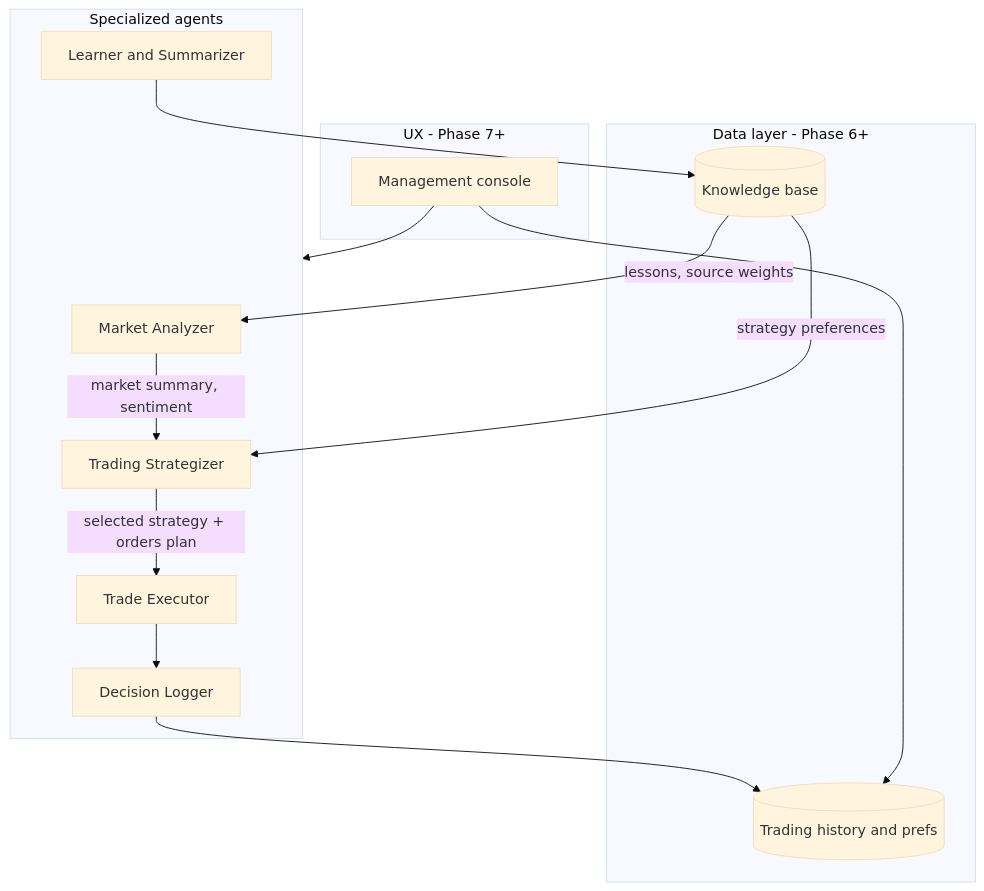
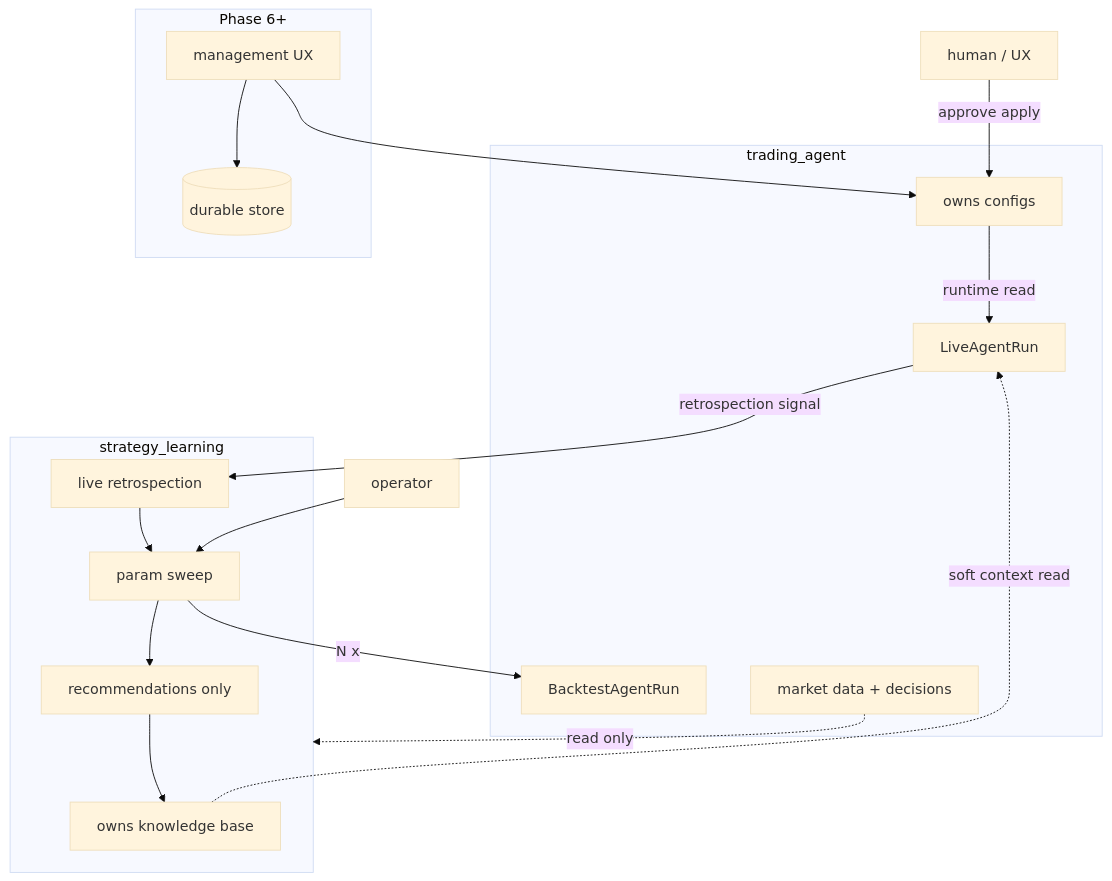
Before and after one commit to yetigong/trading-agent: the second of 2 diagrams in docs/PROJECT_PLAN.md, drawn with Mermaid (base theme). The commit also changed other lines of this file and 15 other files, not shown here.

First line of the commit message:
Add strategy_learning scaffold and document package boundaries (Phase 4.5.1).

````diff
--- a/docs/PROJECT_PLAN.md
+++ b/docs/PROJECT_PLAN.md
@@ -86,29 +60,33 @@
 ```mermaid
-flowchart TD
-    subgraph agents [Specialized agents]
-        MA[Market Analyzer]
-        TS[Trading Strategizer]
-        TE[Trade Executor]
-        LG[Decision Logger]
-        LR[Learner and Summarizer]
+flowchart TB
+    subgraph ta [trading_agent]
+        Live[LiveAgentRun]
+        BTRun[BacktestAgentRun]
+        CfgOwn[owns configs]
+        MD[market data + decisions]
     end
 
-    subgraph data [Data layer - Phase 6+]
-        KB[(Knowledge base)]
-        DB[(Trading history and prefs)]
+    subgraph sl [strategy_learning]
+        KB[owns knowledge base]
+        Sweep[param sweep]
+        Recs[recommendations only]
+        Retro[live retrospection]
     end
 
-    subgraph ux [UX - Phase 7+]
-        UI[Management console]
+    subgraph later [Phase 6+]
+        DB[(durable store)]
+        UI[management UX]
     end
 
-    MA -->|"market summary, sentiment"| TS
-    TS -->|"selected strategy + orders plan"| TE
-    TE --> LG
-    LG --> DB
-    LR --> KB
-    KB -->|"lessons, source weights"| MA
-    KB -->|"strategy preferences"| TS
-    UI --> agents
+    Live -->|"retrospection signal"| Retro
+    Retro --> Sweep
+    Manual[operator] --> Sweep
+    Sweep -->|"N x"| BTRun
+    Sweep --> Recs --> KB
+    Human[human / UX] -->|"approve apply"| CfgOwn
+    KB -.->|"soft context read"| Live
+    CfgOwn -->|"runtime read"| Live
+    MD -.->|"read only"| sl
+    UI --> CfgOwn
     UI --> DB
 ```
````
